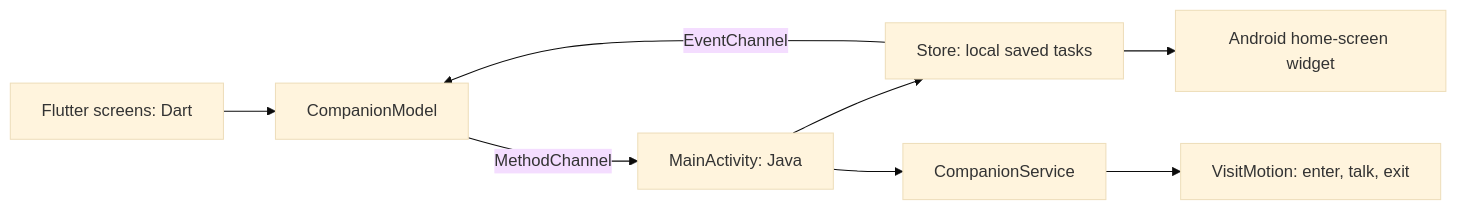
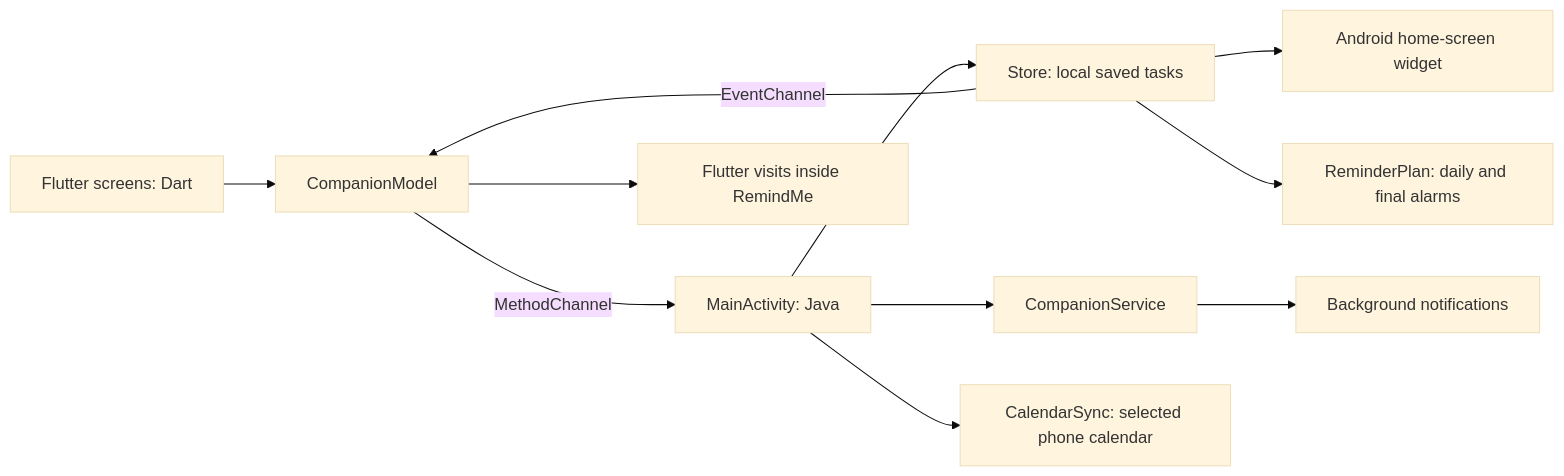
One commit to BaraaZino/remindme-companion changed the diagram in README.md. Above: the diagram before and after it, drawn with Mermaid (base theme). The commit also changed other lines of this file and 18 other files, not shown here.

Commit message:
Connect phone calendars, repeat reminders, and keep smooth visits inside app

````diff
--- a/README.md
+++ b/README.md
@@ -96,10 +109,13 @@
 ```mermaid
 flowchart LR
   UI["Flutter screens: Dart"] --> Model["CompanionModel"]
   Model -->|MethodChannel| Bridge["MainActivity: Java"]
   Bridge --> Store["Store: local saved tasks"]
   Store --> Widget["Android home-screen widget"]
   Store -->|EventChannel| Model
   Bridge --> Service["CompanionService"]
-  Service --> Motion["VisitMotion: enter, talk, exit"]
+  Service --> Notifications["Background notifications"]
+  Bridge --> Calendar["CalendarSync: selected phone calendar"]
+  Store --> Plan["ReminderPlan: daily and final alarms"]
+  Model --> Visits["Flutter visits inside RemindMe"]
 ```
````
